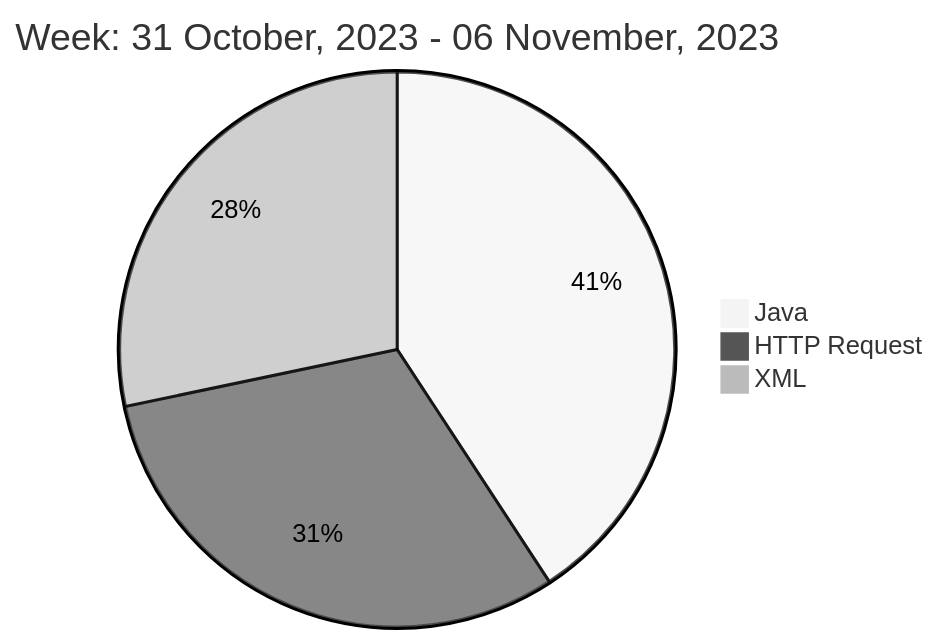
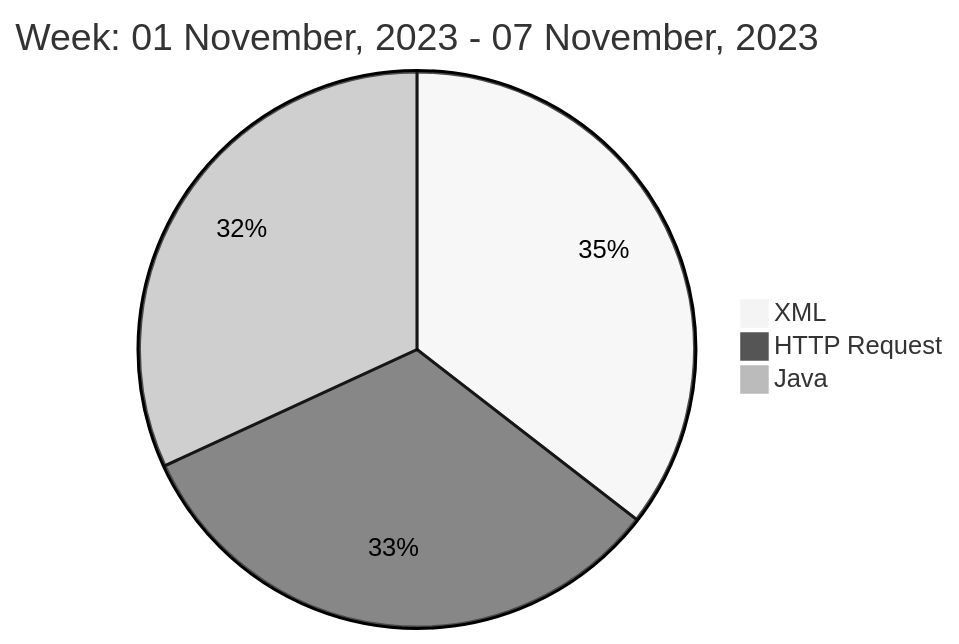
Before and after one commit to liubin95/liubin95: the diagram in README.md, drawn with Mermaid (neutral theme).

Commit message:
Updated the Graph with new Metrics

````diff
--- a/README.md
+++ b/README.md
@@ -40,7 +40,7 @@
 ```mermaid
  pie
-title Week: 31 October, 2023 - 06 November, 2023
- "Java" : 3.07
- "HTTP Request" : 2.33
- "XML" : 2.13
+title Week: 01 November, 2023 - 07 November, 2023
+ "XML" : 1.87
+ "HTTP Request" : 1.72
+ "Java" : 1.68
 ```
````
